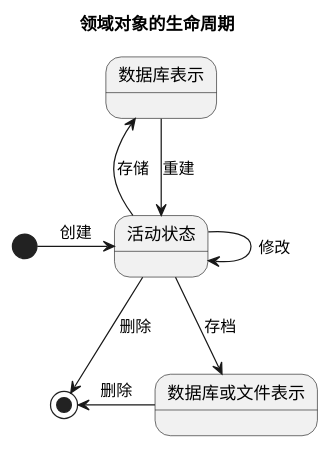
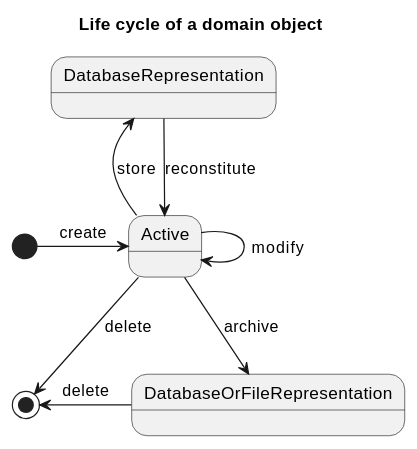
One commit to lindezhong/nvim-config changed the third of 19 diagrams in snippets/ddd.md. Above: the diagram before and after it, drawn with PlantUML. The commit also changed other lines of this file and 17 other files, not shown here.

````diff
--- a/snippets/ddd.md
+++ b/snippets/ddd.md
@@ -224,16 +308,16 @@
 ```plantuml
 @startuml
 
 
-title  领域对象的生命周期
+title Life cycle of a domain object
 
-[*] -right-> 活动状态 : 创建
-活动状态 --> 活动状态 : 修改
-活动状态 -left-> 数据库表示 : 存储
-数据库表示 --> 活动状态 : 重建
-活动状态 --> 数据库或文件表示 : 存档
-活动状态 --> [*] : 删除
-数据库或文件表示 -left-> [*] : 删除
+[*] -right-> Active : create
+Active --> Active : modify
+Active -left-> DatabaseRepresentation : store
+DatabaseRepresentation --> Active : reconstitute
+Active --> DatabaseOrFileRepresentation : archive
+Active --> [*] : delete
+DatabaseOrFileRepresentation -left-> [*] : delete
 
 @enduml
 ```
````
